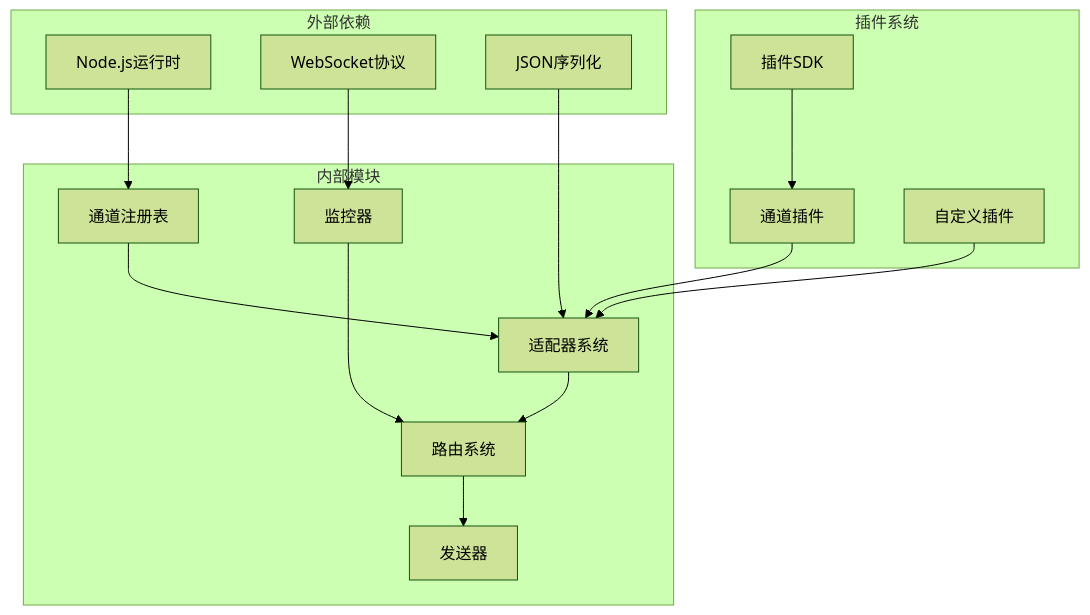
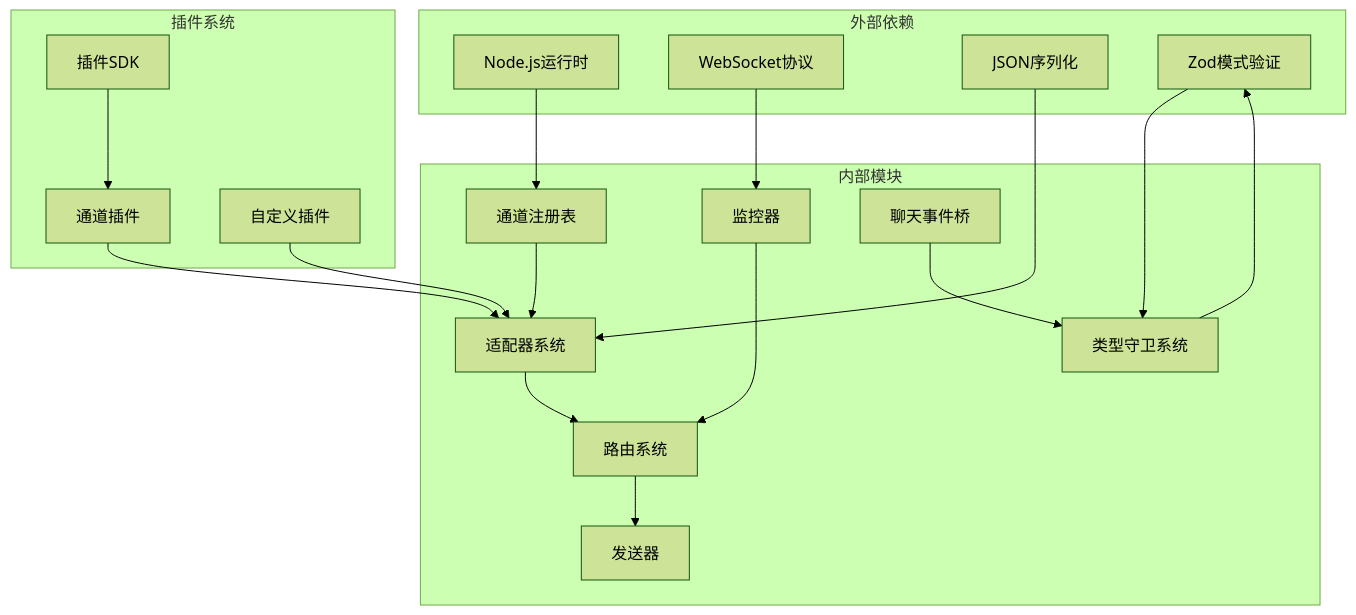
Before and after one commit to verse-ai-org/openclaw: diagram 16 of 16 in .qoder/repowiki/zh/content/Web界面/WebChat界面/聊天运行时提供者增强/聊天事件桥接增强.md, drawn with Mermaid (forest theme). The commit also changed other lines of this file and 13 other files, not shown here.

````diff
--- a/.qoder/repowiki/zh/content/Web界面/WebChat界面/聊天运行时提供者增强/聊天事件桥接增强.md
+++ b/.qoder/repowiki/zh/content/Web界面/WebChat界面/聊天运行时提供者增强/聊天事件桥接增强.md
@@ -458,30 +597,36 @@
 ```mermaid
 graph TB
 subgraph "外部依赖"
 NodeJS[Node.js运行时]
 WebSocket[WebSocket协议]
 JSON[JSON序列化]
+Zod[Zod模式验证]
 end
 subgraph "内部模块"
 Registry[通道注册表]
 Adapter[适配器系统]
 Router[路由系统]
 Sender[发送器]
 Monitor[监控器]
+ChatBridge[聊天事件桥]
+TypeGuard[类型守卫系统]
 end
 subgraph "插件系统"
 PluginSDK[插件SDK]
 ChannelPlugins[通道插件]
 CustomPlugins[自定义插件]
 end
 NodeJS --> Registry
 WebSocket --> Monitor
 JSON --> Adapter
+Zod --> TypeGuard
 Registry --> Adapter
 Adapter --> Router
 Router --> Sender
 Monitor --> Router
+ChatBridge --> TypeGuard
+TypeGuard --> Zod
 PluginSDK --> ChannelPlugins
 ChannelPlugins --> Adapter
 CustomPlugins --> Adapter
 ```
````
